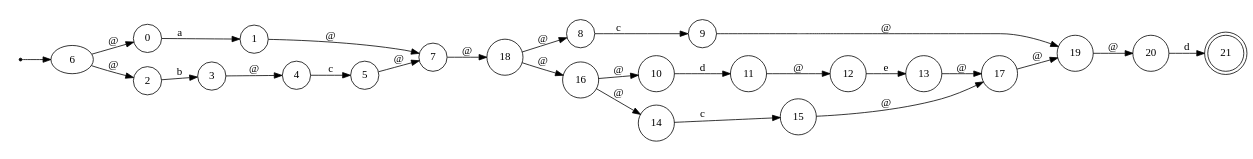
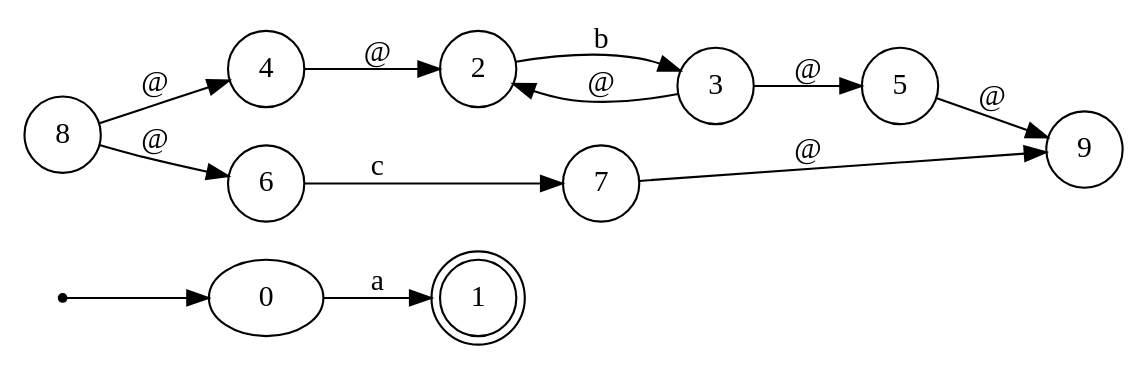
The diagram in View/fsm.gv (FabianPalacios/Automatas), drawn with Graphviz before and after one commit. The commit also changed 6 other files, not shown here.

```diff
--- a/View/fsm.gv
+++ b/View/fsm.gv
@@ -1,32 +1,18 @@
 digraph finite_state_machine {
 	rankdir=LR size="8,5"
 	ini [shape=point]
-	ini -> 6
+	ini -> 0
 	node [shape=doublecircle]
-	21
+	1
 	node [shape=circle]
 	0 -> 1 [label=a]
 	2 -> 3 [label=b]
-	4 -> 5 [label=c]
-	3 -> 4 [label="@"]
-	6 -> 2 [label="@"]
-	6 -> 0 [label="@"]
-	5 -> 7 [label="@"]
-	1 -> 7 [label="@"]
-	8 -> 9 [label=c]
-	10 -> 11 [label=d]
-	12 -> 13 [label=e]
-	11 -> 12 [label="@"]
-	14 -> 15 [label=c]
-	16 -> 14 [label="@"]
-	16 -> 10 [label="@"]
-	15 -> 17 [label="@"]
-	13 -> 17 [label="@"]
-	18 -> 16 [label="@"]
-	18 -> 8 [label="@"]
-	17 -> 19 [label="@"]
-	9 -> 19 [label="@"]
-	20 -> 21 [label=d]
-	19 -> 20 [label="@"]
-	7 -> 18 [label="@"]
+	4 -> 2 [label="@"]
+	3 -> 2 [label="@"]
+	3 -> 5 [label="@"]
+	6 -> 7 [label=c]
+	8 -> 6 [label="@"]
+	8 -> 4 [label="@"]
+	7 -> 9 [label="@"]
+	5 -> 9 [label="@"]
 }
```
